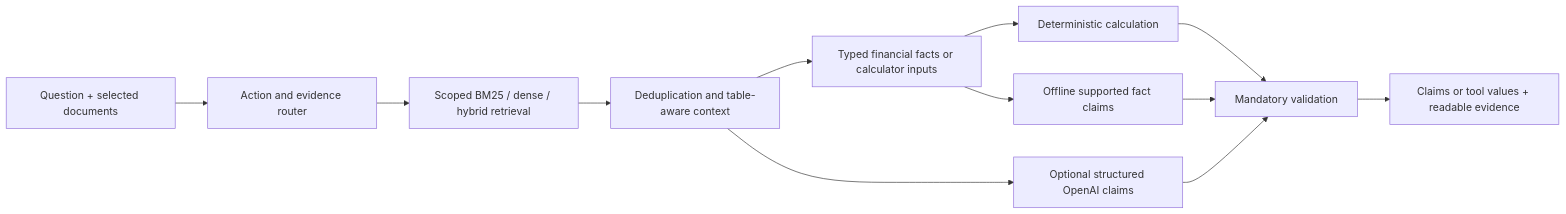
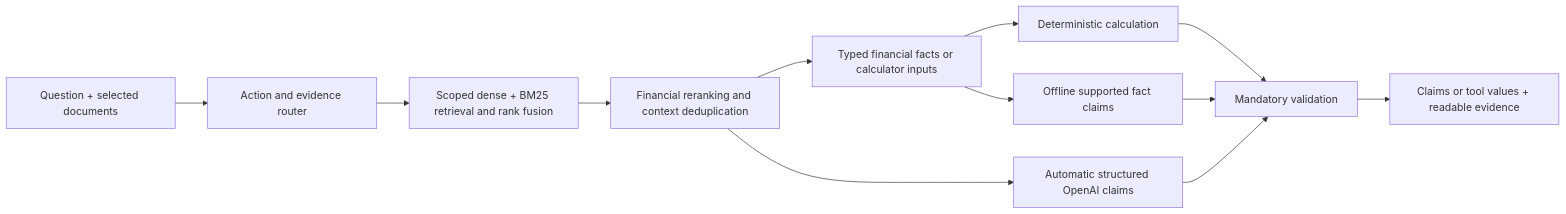
One commit to Shubhank2604/FinSight-AI changed the diagram in docs/architecture.md. Above: the diagram before and after it, drawn with Mermaid. The commit also changed other lines of this file and 30 other files, not shown here.

````diff
--- a/docs/architecture.md
+++ b/docs/architecture.md
@@ -5,14 +5,14 @@
 ```mermaid
 flowchart LR
     UI[Question + selected documents] --> R[Action and evidence router]
-    R --> D[Scoped BM25 / dense / hybrid retrieval]
-    D --> C[Deduplication and table-aware context]
+    R --> D[Scoped dense + BM25 retrieval and rank fusion]
+    D --> C[Financial reranking and context deduplication]
     C --> I[Typed financial facts or calculator inputs]
     I --> T[Deterministic calculation]
-    C --> G[Optional structured OpenAI claims]
+    C --> G[Automatic structured OpenAI claims]
     I --> F[Offline supported fact claims]
     T --> V[Mandatory validation]
     G --> V
     F --> V
     V --> O[Claims or tool values + readable evidence]
 ```
````
